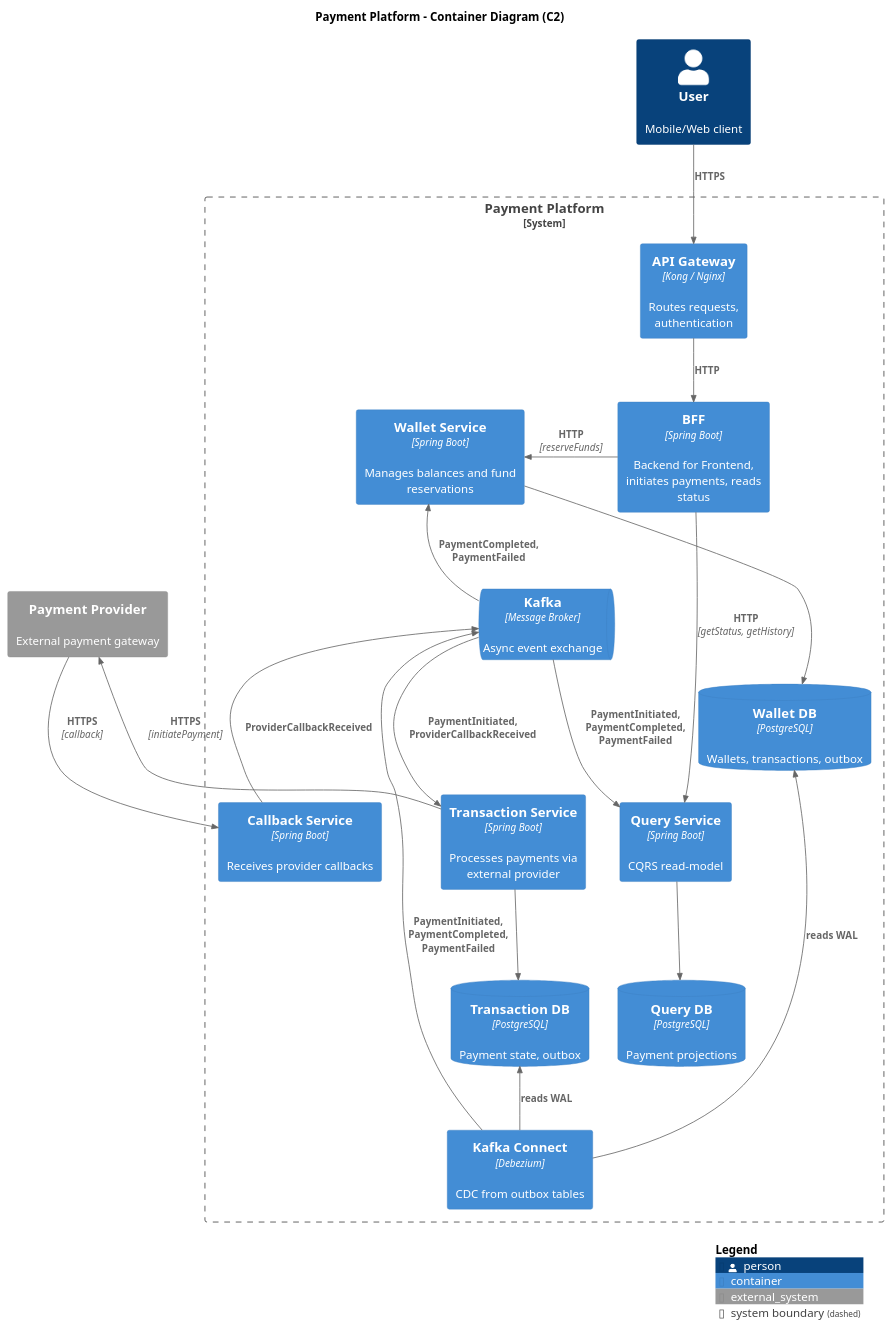
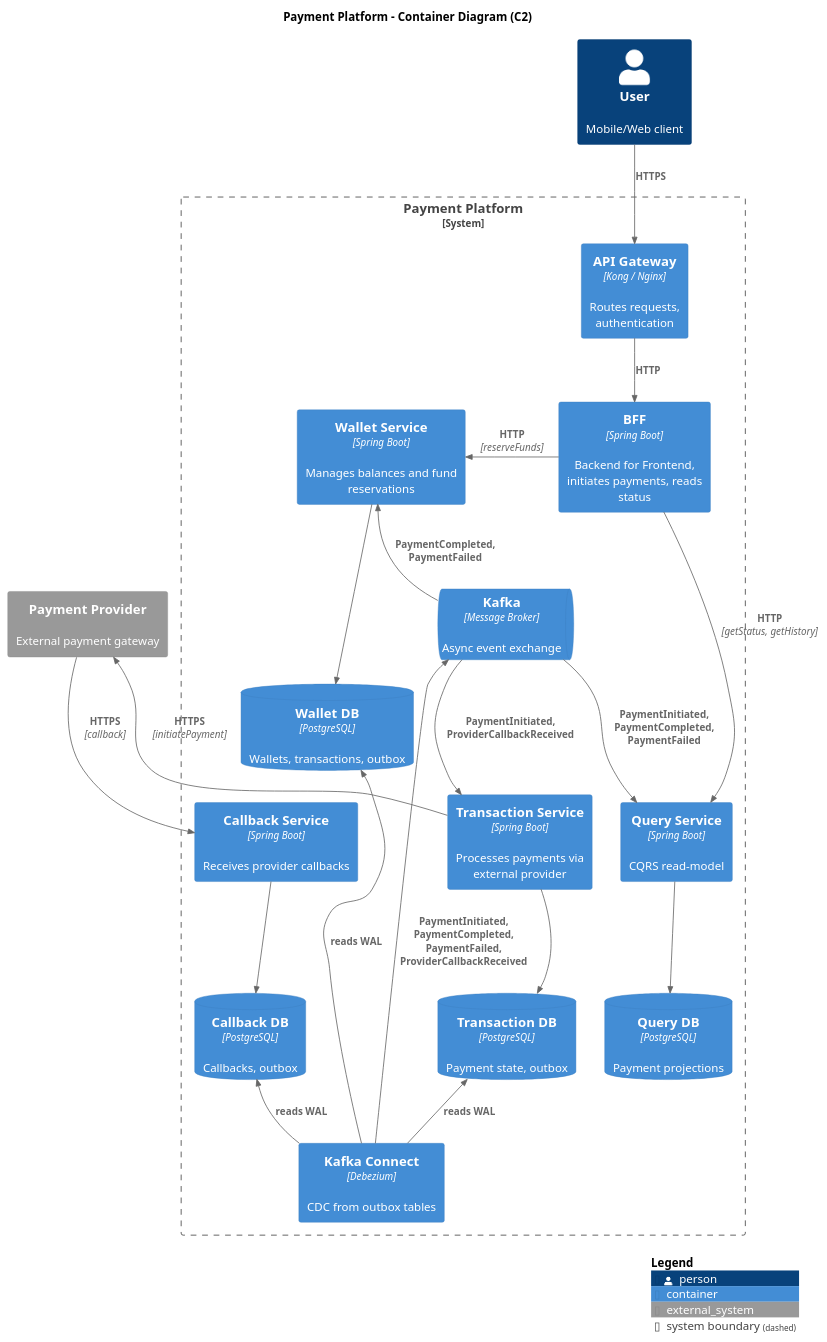
The diagram in week2/diagrams/c2.puml (krsvyat/system-design), drawn with PlantUML before and after one commit. The commit also changed 2 other files, not shown here.

```diff
--- a/week2/diagrams/c2.puml
+++ b/week2/diagrams/c2.puml
@@ -1,78 +1,79 @@
 @startuml c2_container
 !include https://raw.githubusercontent.com/plantuml-stdlib/C4-PlantUML/master/C4_Container.puml
 
 title Payment Platform - Container Diagram (C2)
 
 Person(user, "User", "Mobile/Web client")
 
 System_Boundary(payment_platform, "Payment Platform") {
 
     Container(gateway, "API Gateway", "Kong / Nginx", "Routes requests, authentication")
 
     Container(bff, "BFF", "Spring Boot", "Backend for Frontend, initiates payments, reads status")
 
     Container(wallet_service, "Wallet Service", "Spring Boot", "Manages balances and fund reservations")
 
     Container(transaction_service, "Transaction Service", "Spring Boot", "Processes payments via external provider")
 
     Container(callback_service, "Callback Service", "Spring Boot", "Receives provider callbacks")
 
     Container(query_service, "Query Service", "Spring Boot", "CQRS read-model")
 
     ContainerDb(wallet_db, "Wallet DB", "PostgreSQL", "Wallets, transactions, outbox")
 
     ContainerDb(transaction_db, "Transaction DB", "PostgreSQL", "Payment state, outbox")
 
     ContainerDb(query_db, "Query DB", "PostgreSQL", "Payment projections")
+
+    ContainerDb(callback_db, "Callback DB", "PostgreSQL", "Callbacks, outbox")
 
     ContainerQueue(broker, "Kafka", "Message Broker", "Async event exchange")
 
     Container(kafka_connect, "Kafka Connect", "Debezium", "CDC from outbox tables")
 }
 
 System_Ext(provider, "Payment Provider", "External payment gateway")
 
 ' === LAYOUT ===
 Lay_R(wallet_service, broker)
 Lay_R(broker, transaction_service)
 Lay_R(transaction_service, callback_service)
 Lay_D(bff, broker)
 Lay_D(broker, query_service)
 
 ' === RELATIONSHIPS ===
 
 ' Entry point
 Rel_D(user, gateway, "HTTPS")
 Rel_D(gateway, bff, "HTTP")
 
 ' BFF commands
 Rel_L(bff, wallet_service, "HTTP", "reserveFunds")
 Rel_R(bff, query_service, "HTTP", "getStatus, getHistory")
 
 ' Database connections
 Rel_D(wallet_service, wallet_db, "")
 Rel_D(transaction_service, transaction_db, "")
 Rel_D(query_service, query_db, "")
+Rel_D(callback_service, callback_db, "")
 
 ' CDC: Kafka Connect reads outbox tables
 Rel_U(kafka_connect, wallet_db, "reads WAL")
 Rel_U(kafka_connect, transaction_db, "reads WAL")
-Rel_U(kafka_connect, broker, "PaymentInitiated, PaymentCompleted, PaymentFailed")
-
-' Callback Service -> Kafka
-Rel_L(callback_service, broker, "ProviderCallbackReceived")
+Rel_U(kafka_connect, callback_db, "reads WAL")
+Rel_U(kafka_connect, broker, "PaymentInitiated, PaymentCompleted, PaymentFailed, ProviderCallbackReceived")
 
 ' Kafka -> Consumers
 Rel_D(broker, transaction_service, "PaymentInitiated, ProviderCallbackReceived")
 Rel_L(broker, wallet_service, "PaymentCompleted, PaymentFailed")
 Rel_D(broker, query_service, "PaymentInitiated, PaymentCompleted, PaymentFailed")
 
 ' Transaction -> Provider
 Rel_R(transaction_service, provider, "HTTPS", "initiatePayment")
 
 ' Provider callback flow
 Rel(provider, callback_service, "HTTPS", "callback")
 
 SHOW_LEGEND()
 
 @enduml
```
